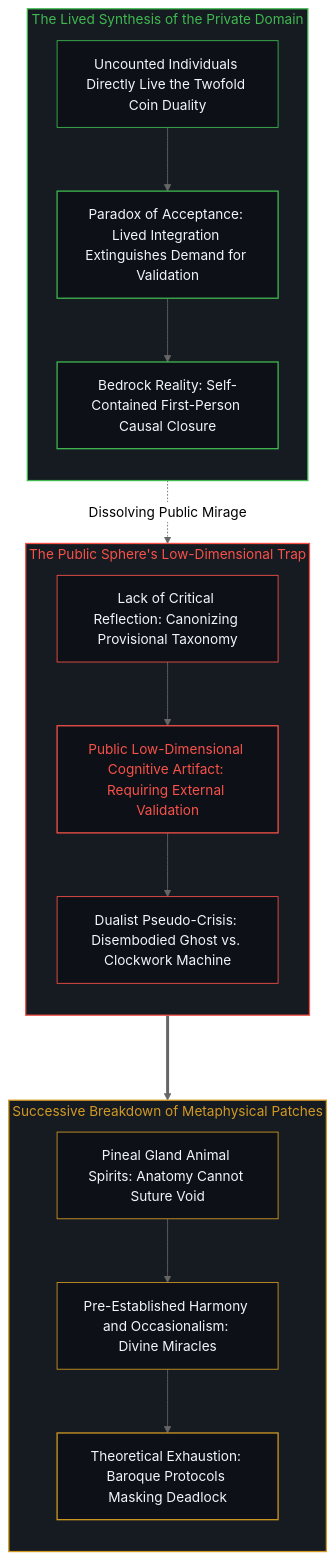
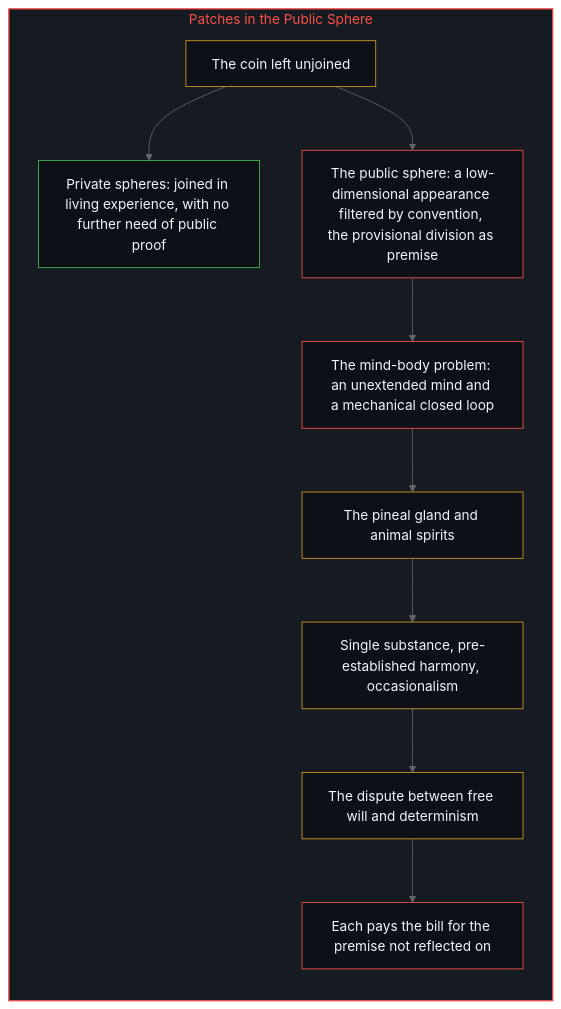
Before and after one commit to powerpig99/not-a-toe: the sixth of 10 diagrams in content/posts/the-cartesian-overstep-and-the-frenzy-of-creation.md, drawn with Mermaid (neutral theme). The commit also changed other lines of this file and 2 other files, not shown here.

Commit message:
Refine the-cartesian-overstep-and-the-frenzy-of-creation: alternating bilingual layout, five paired diagrams, the chain of choices in place of claims about a machine's inside, implicit first person

````diff
--- a/content/posts/the-cartesian-overstep-and-the-frenzy-of-creation.md
+++ b/content/posts/the-cartesian-overstep-and-the-frenzy-of-creation.md
@@ -227,36 +189,31 @@
 ```mermaid
-graph TD
-    subgraph S_PublicTheatre_EN ["The Public Sphere's Low-Dimensional Trap"]
+flowchart TD
+    subgraph S_Patch["Patches in the Public Sphere"]
         direction TB
-        PUB_Inertia_EN["Lack of Critical Reflection: Canonizing Provisional Taxonomy"] --> PUB_LowDim_EN["Public Low-Dimensional Cognitive Artifact: Requiring External Validation"]
-        PUB_LowDim_EN --> PUB_Dilemma_EN["Dualist Pseudo-Crisis: Disembodied Ghost vs. Clockwork Machine"]
+        Coin["The coin left unjoined"]
+        Private["Private spheres: joined in living experience, with no further need of public proof"]
+        Public["The public sphere: a low-dimensional appearance filtered by convention, the provisional division as premise"]
+        Dilemma["The mind-body problem: an unextended mind and a mechanical closed loop"]
+        Pineal["The pineal gland and animal spirits"]
+        Harmony["Single substance, pre-established harmony, occasionalism"]
+        Will["The dispute between free will and determinism"]
+        Bill["Each pays the bill for the premise not reflected on"]
+        Coin --> Private
+        Coin --> Public
+        Public --> Dilemma
+        Dilemma --> Pineal
+        Pineal --> Harmony
+        Harmony --> Will
+        Will --> Bill
     end
 
-    subgraph S_PrivateLeap_EN ["The Lived Synthesis of the Private Domain"]
-        direction TB
-        PRI_Coin_EN["Uncounted Individuals Directly Live the Twofold Coin Duality"] --> PRI_Paradox_EN["Paradox of Acceptance: Lived Integration Extinguishes Demand for Validation"]
-        PRI_Paradox_EN --> PRI_Ground_EN["Bedrock Reality: Self-Contained First-Person Causal Closure"]
-    end
-
-    subgraph S_PatchFailures_EN ["Successive Breakdown of Metaphysical Patches"]
-        direction TB
-        PE_Pineal["Pineal Gland Animal Spirits: Anatomy Cannot Suture Void"] --> PE_Harmony["Pre-Established Harmony and Occasionalism: Divine Miracles"]
-        PE_Harmony --> PE_Exhaustion["Theoretical Exhaustion: Baroque Protocols Masking Deadlock"]
-    end
-
-    PUB_Dilemma_EN ===> PE_Pineal
-    PRI_Ground_EN -.->|"Dissolving Public Mirage"| PUB_LowDim_EN
-
-    style S_PublicTheatre_EN fill:#161b22,stroke:#f85149,stroke-width:1.5px,color:#f85149
-    style S_PrivateLeap_EN fill:#161b22,stroke:#3fb950,stroke-width:1.5px,color:#3fb950
-    style S_PatchFailures_EN fill:#161b22,stroke:#d29922,stroke-width:1.5px,color:#d29922
-    style PUB_Inertia_EN fill:#0d1117,stroke:#f85149,stroke-width:1px,color:#f0f6fc
-    style PUB_LowDim_EN fill:#0d1117,stroke:#f85149,stroke-width:1.5px,color:#f85149
-    style PUB_Dilemma_EN fill:#0d1117,stroke:#f85149,stroke-width:1px,color:#f0f6fc
-    style PRI_Coin_EN fill:#0d1117,stroke:#3fb950,stroke-width:1px,color:#f0f6fc
-    style PRI_Paradox_EN fill:#0d1117,stroke:#3fb950,stroke-width:1.5px,color:#f0f6fc
-    style PRI_Ground_EN fill:#0d1117,stroke:#3fb950,stroke-width:1.5px,color:#f0f6fc
-    style PE_Pineal fill:#0d1117,stroke:#d29922,stroke-width:1px,color:#f0f6fc
-    style PE_Harmony fill:#0d1117,stroke:#d29922,stroke-width:1px,color:#f0f6fc
-    style PE_Exhaustion fill:#0d1117,stroke:#d29922,stroke-width:1.5px,color:#f0f6fc
+    style S_Patch fill:#161b22,stroke:#f85149,stroke-width:1.5px,color:#f85149
+    style Coin fill:#0d1117,stroke:#d29922,stroke-width:1px,color:#f0f6fc
+    style Private fill:#0d1117,stroke:#3fb950,stroke-width:1px,color:#f0f6fc
+    style Public fill:#0d1117,stroke:#f85149,stroke-width:1px,color:#f0f6fc
+    style Dilemma fill:#0d1117,stroke:#f85149,stroke-width:1px,color:#f0f6fc
+    style Pineal fill:#0d1117,stroke:#d29922,stroke-width:1px,color:#f0f6fc
+    style Harmony fill:#0d1117,stroke:#d29922,stroke-width:1px,color:#f0f6fc
+    style Will fill:#0d1117,stroke:#d29922,stroke-width:1px,color:#f0f6fc
+    style Bill fill:#0d1117,stroke:#f85149,stroke-width:1px,color:#f0f6fc
 ```
````
